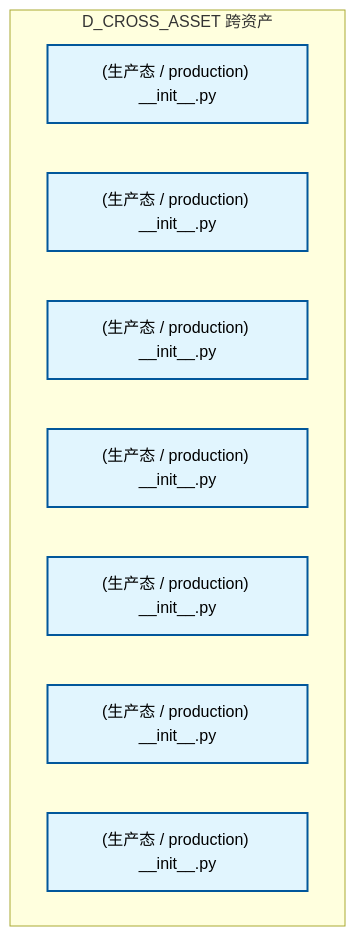
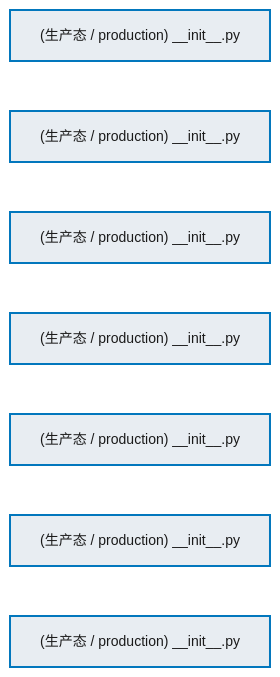
One commit to xuanFelixVan/ZephyrAlpha changed the second of 2 diagrams in docs/02_enterprise_architecture/02_domain_architecture_docs/40_d_cross_asset.md. Above: the diagram before and after it, drawn with Mermaid. The commit also changed other lines of this file and 76 other files, not shown here.

````diff
--- a/docs/02_enterprise_architecture/02_domain_architecture_docs/40_d_cross_asset.md
+++ b/docs/02_enterprise_architecture/02_domain_architecture_docs/40_d_cross_asset.md
@@ -89,17 +94,22 @@
 ```mermaid
-graph TD
-    subgraph D_CROSS_ASSET["D_CROSS_ASSET 跨资产"]
-        src_zephyr_cross_asset_init_py["(生产态 / production) __init__.py"]
-        src_zephyr_cross_asset_extensions_init_py["(生产态 / production) __init__.py"]
-        src_zephyr_cross_asset_api_init_py["(生产态 / production) __init__.py"]
-        src_zephyr_cross_asset_core_init_py["(生产态 / production) __init__.py"]
-        src_zephyr_cross_asset_infrastructure_init_py["(生产态 / production) __init__.py"]
-        src_zephyr_cross_asset_models_init_py["(生产态 / production) __init__.py"]
-        src_zephyr_cross_asset_services_init_py["(生产态 / production) __init__.py"]
-    end
-    classDef production fill:#e1f5fe,stroke:#01579b,stroke-width:2px,color:#000
-    classDef design fill:#fff3e0,stroke:#e65100,stroke-width:2px,color:#000,stroke-dasharray: 5 5
-    classDef external_prod fill:#e8f5e9,stroke:#1b5e20,stroke-width:1px,color:#000
-    classDef external_design fill:#fce4ec,stroke:#880e4f,stroke-width:1px,color:#000,stroke-dasharray: 5 5
+%%{init: {'theme': 'base', 'themeVariables': {'primaryColor': '#eaeaea', 'primaryTextColor': '#333333', 'primaryBorderColor': '#666666', 'lineColor': '#666666', 'secondaryColor': '#eaeaea', 'tertiaryColor': '#eaeaea', 'fontSize': '14px'}}}%%
+flowchart TD
+    src_zephyr_cross_asset_init_py["(生产态 / production) __init__.py"]
+    src_zephyr_cross_asset_extensions_init_py["(生产态 / production) __init__.py"]
+    src_zephyr_cross_asset_api_init_py["(生产态 / production) __init__.py"]
+    src_zephyr_cross_asset_core_init_py["(生产态 / production) __init__.py"]
+    src_zephyr_cross_asset_infrastructure_init_py["(生产态 / production) __init__.py"]
+    src_zephyr_cross_asset_models_init_py["(生产态 / production) __init__.py"]
+    src_zephyr_cross_asset_services_init_py["(生产态 / production) __init__.py"]
+    src_zephyr_cross_asset_init_py ~~~ src_zephyr_cross_asset_extensions_init_py
+    src_zephyr_cross_asset_extensions_init_py ~~~ src_zephyr_cross_asset_api_init_py
+    src_zephyr_cross_asset_api_init_py ~~~ src_zephyr_cross_asset_core_init_py
+    src_zephyr_cross_asset_core_init_py ~~~ src_zephyr_cross_asset_infrastructure_init_py
+    src_zephyr_cross_asset_infrastructure_init_py ~~~ src_zephyr_cross_asset_models_init_py
+    src_zephyr_cross_asset_models_init_py ~~~ src_zephyr_cross_asset_services_init_py
+    classDef production fill:#e8edf2,stroke:#0277bd,stroke-width:2px,color:#1a1a1a
+    classDef design fill:#f0ebe3,stroke:#bf360c,stroke-width:2px,color:#1a1a1a,stroke-dasharray: 5 5
+    classDef external_prod fill:#e8efe9,stroke:#1b5e20,stroke-width:1px,color:#1a1a1a
+    classDef external_design fill:#efe5ea,stroke:#880e4f,stroke-width:1px,color:#1a1a1a,stroke-dasharray: 5 5
     class src_zephyr_cross_asset_init_py,src_zephyr_cross_asset_extensions_init_py,src_zephyr_cross_asset_api_init_py,src_zephyr_cross_asset_core_init_py,src_zephyr_cross_asset_infrastructure_init_py,src_zephyr_cross_asset_models_init_py,src_zephyr_cross_asset_services_init_py production
 ```
````
